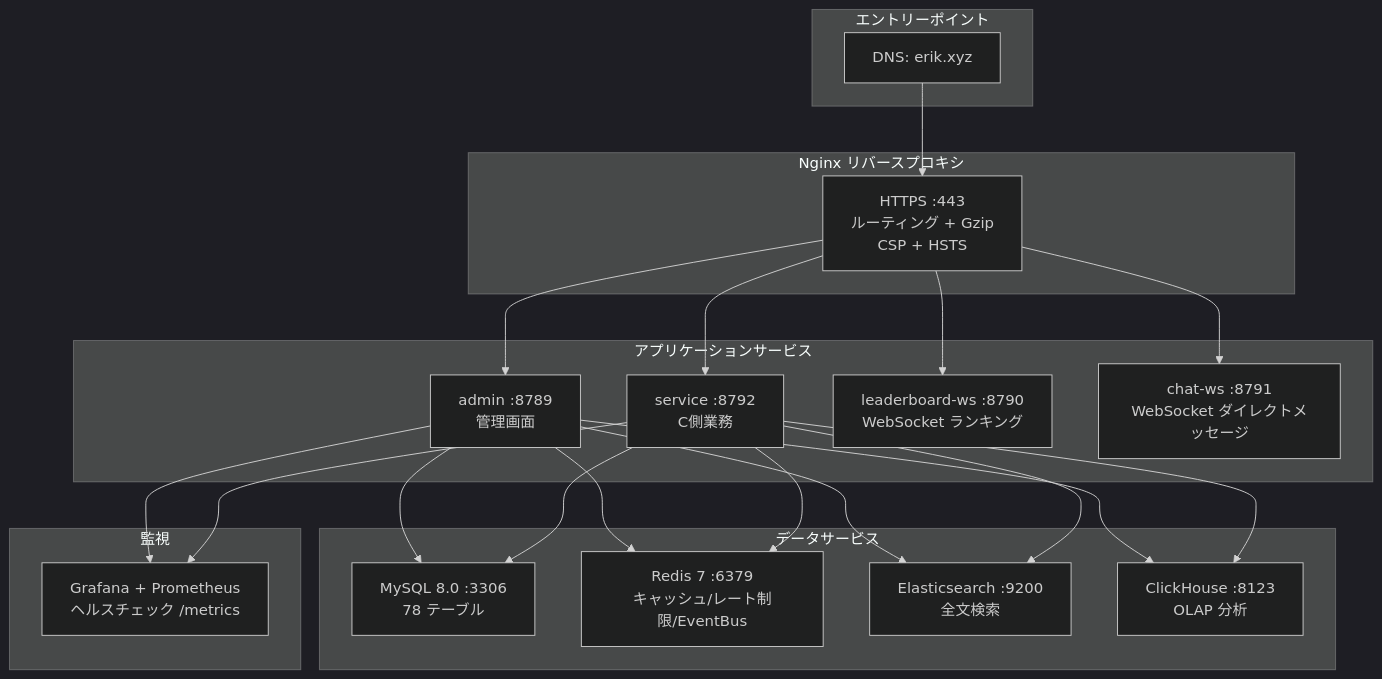
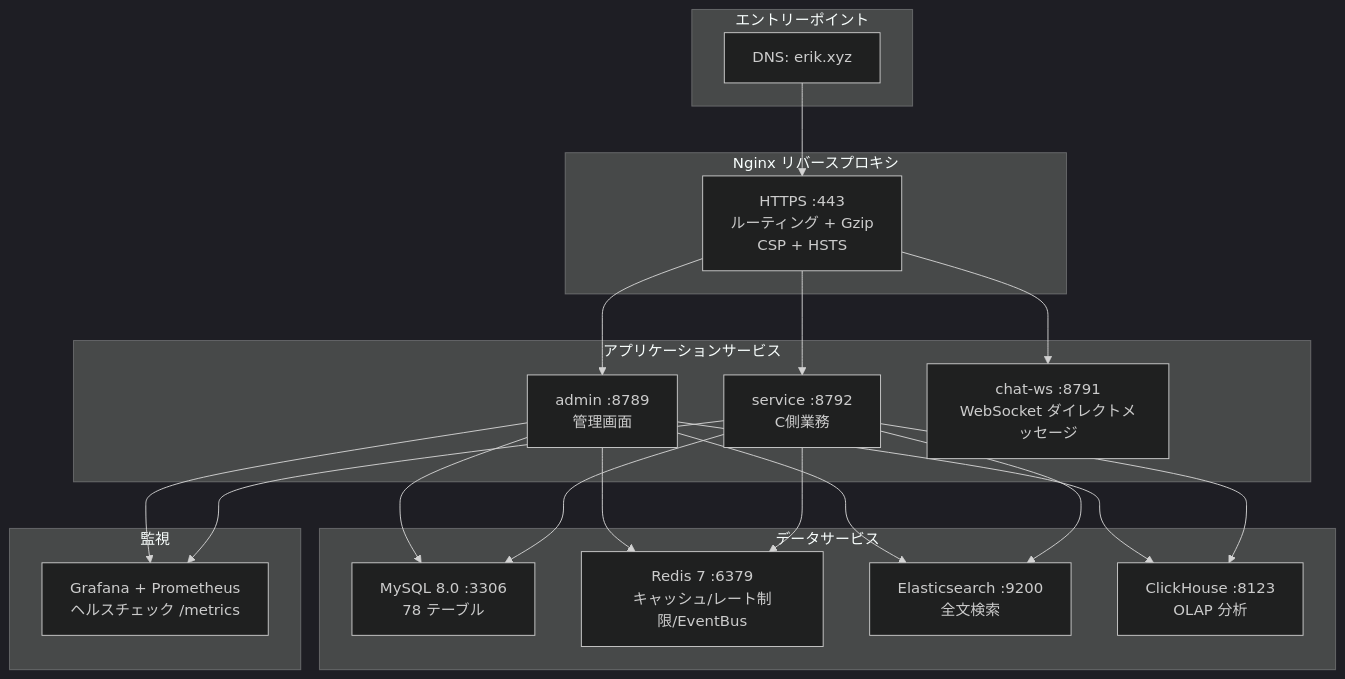
One commit to erikwang2013/game-platform-php changed the diagram in admin/docs/diagrams/12-deployment.ja.md. Above: the diagram before and after it, drawn with Mermaid (dark theme). The commit also changed 710 other files, not shown here.

````diff
--- a/admin/docs/diagrams/12-deployment.ja.md
+++ b/admin/docs/diagrams/12-deployment.ja.md
@@ -7,33 +7,32 @@
 ```mermaid
 flowchart TB
     subgraph "エントリーポイント"
         DNS["DNS: erik.xyz"]
     end
 
     subgraph "Nginx リバースプロキシ"
         NGX["HTTPS :443<br/>ルーティング + Gzip<br/>CSP + HSTS"]
     end
 
     subgraph "アプリケーションサービス"
         ADM["admin :8789<br/>管理画面"]
         SVC["service :8792<br/>C側業務"]
-        LB["leaderboard-ws :8790<br/>WebSocket ランキング"]
         CHAT["chat-ws :8791<br/>WebSocket ダイレクトメッセージ"]
     end
 
     subgraph "データサービス"
         MYSQL["MySQL 8.0 :3306<br/>78 テーブル"]
         REDIS["Redis 7 :6379<br/>キャッシュ/レート制限/EventBus"]
         ES["Elasticsearch :9200<br/>全文検索"]
         CH["ClickHouse :8123<br/>OLAP 分析"]
     end
 
     subgraph "監視"
         MON["Grafana + Prometheus<br/>ヘルスチェック /metrics"]
     end
 
     DNS --> NGX
-    NGX --> ADM & SVC & LB & CHAT
+    NGX --> ADM & SVC & CHAT
     ADM & SVC --> MYSQL & REDIS & ES & CH
     ADM & SVC --> MON
 ```
````
